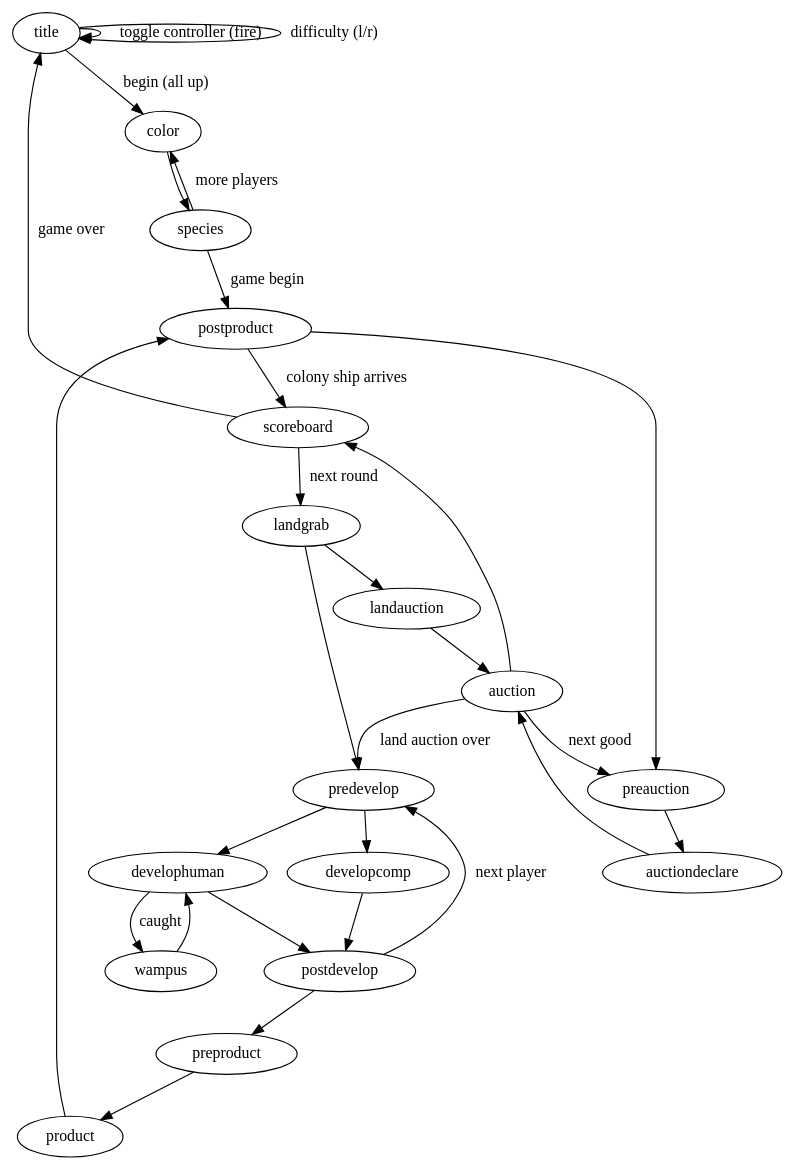
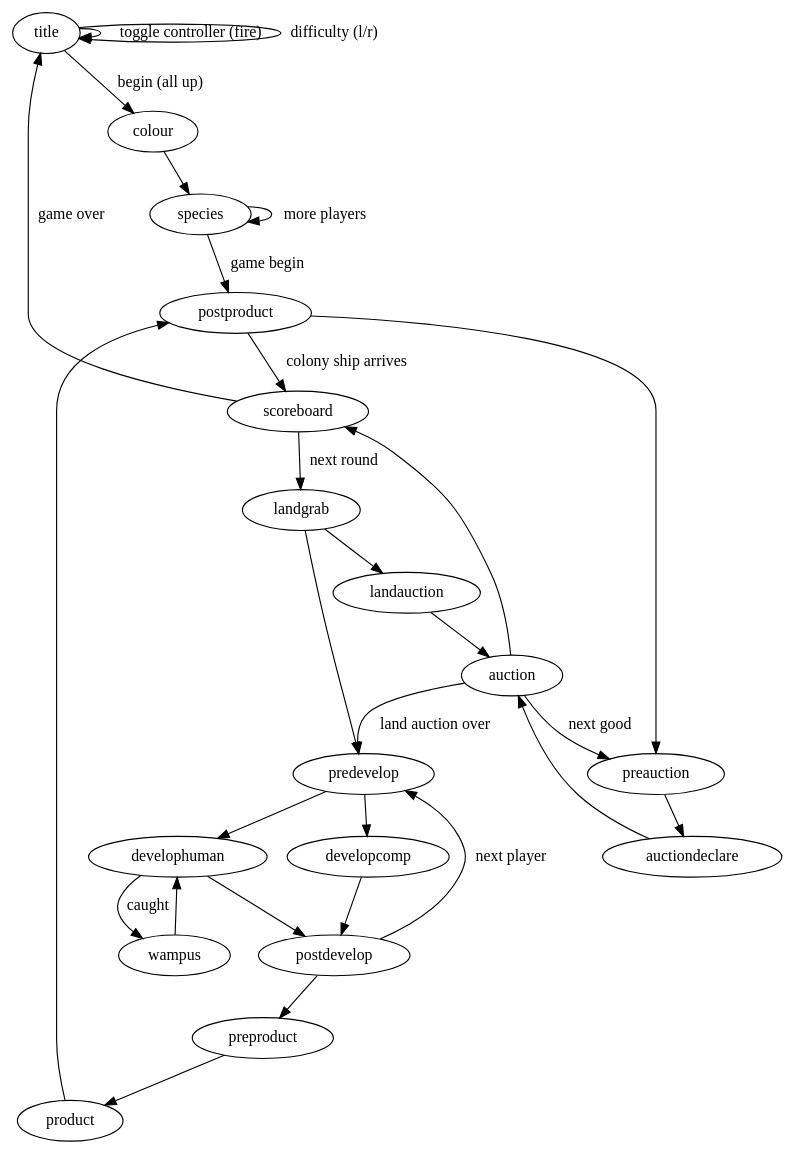
One commit to LionsPhil/mewl changed the diagram in doc/states.dot. Above: the diagram before and after it, drawn with Graphviz. The commit also changed 6 other files, not shown here.

```diff
--- a/doc/states.dot
+++ b/doc/states.dot
@@ -1,31 +1,31 @@
-/* dot states.dot -Tpng -o states.png */
-digraph states {
+/* dot stages.dot -Tpng -o stages.png */
+digraph stages {
 	title -> title [label="toggle controller (fire)"];
 	title -> title [label="difficulty (l/r)"];
-	title -> color [label="begin (all up)"];
-	color -> species;
-	species -> color [label="more players"];
+	title -> colour [label="begin (all up)"];
+	colour -> species;
+	species -> species [label="more players"];
 	species -> postproduct [label="game begin"];
 	postproduct -> scoreboard [label="colony ship arrives"];
 	scoreboard -> title [label="game over"];
 	scoreboard -> landgrab [label="next round"];
 	landgrab -> landauction;
 	landauction -> auction;
 	auction -> predevelop [label="land auction over"];
 	landgrab -> predevelop;
 	predevelop -> develophuman;
 	develophuman -> wampus [label="caught"];
 	wampus -> develophuman;
 	develophuman -> postdevelop;
 	predevelop -> developcomp;
 	developcomp -> postdevelop;
 	postdevelop -> predevelop [label="next player"];
 	postdevelop -> preproduct;
 	preproduct -> product;
 	product -> postproduct;
 	postproduct -> preauction;
 	preauction -> auctiondeclare;
 	auctiondeclare -> auction;
 	auction -> preauction [label="next good"];
 	auction -> scoreboard;
 }
```
